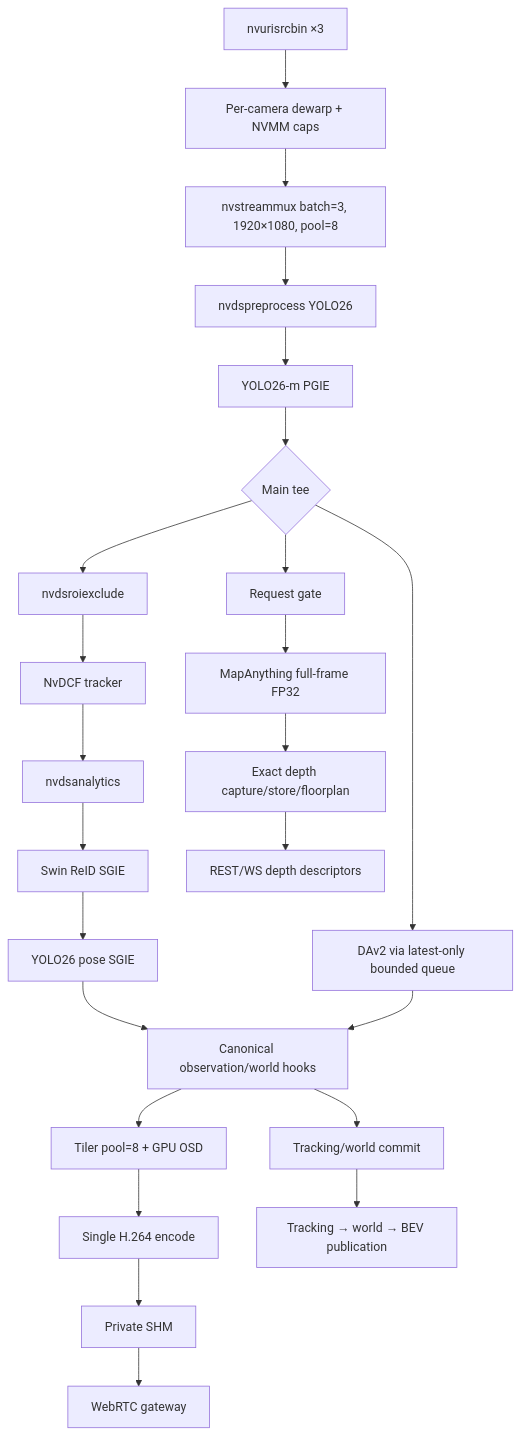
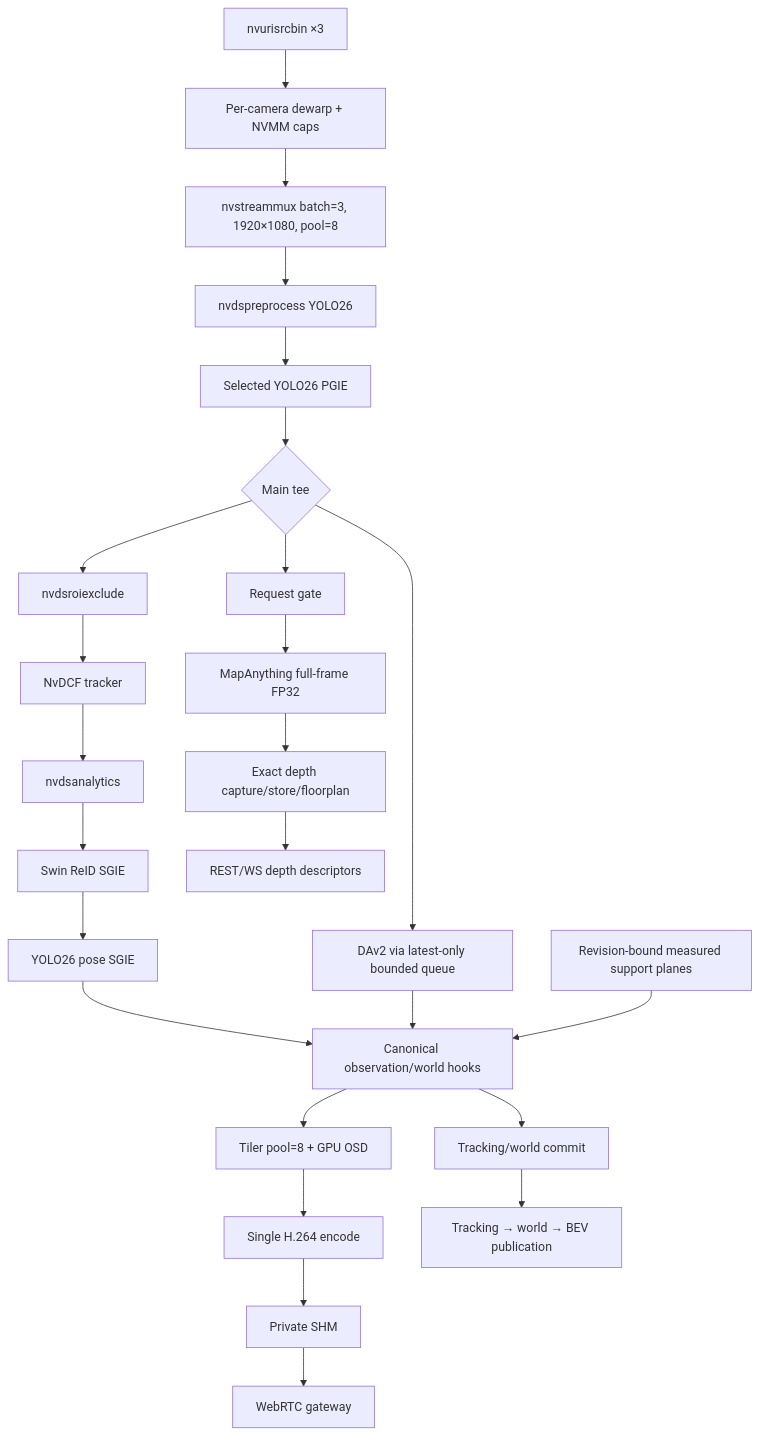
Before and after one commit to dmanfx/noesis: the diagram in docs/flow_diagram_low_level.md, drawn with Mermaid. The commit also changed other lines of this file and 30 other files, not shown here.

````diff
--- a/docs/flow_diagram_low_level.md
+++ b/docs/flow_diagram_low_level.md
@@ -3,29 +3,30 @@
 ```mermaid
 flowchart TB
     SRC[nvurisrcbin ×3] --> DEW[Per-camera dewarp + NVMM caps]
     DEW --> MUX[nvstreammux batch=3, 1920×1080, pool=8]
     MUX --> PRE[nvdspreprocess YOLO26]
-    PRE --> PGIE[YOLO26-m PGIE]
+    PRE --> PGIE[Selected YOLO26 PGIE]
     PGIE --> TEE{Main tee}
 
     TEE --> ROI[nvdsroiexclude]
     ROI --> TRK[NvDCF tracker]
     TRK --> ANA[nvdsanalytics]
     ANA --> REID[Swin ReID SGIE]
     REID --> POSE[YOLO26 pose SGIE]
     POSE --> OBS[Canonical observation/world hooks]
     OBS --> TILER[Tiler pool=8 + GPU OSD]
     TILER --> ENC[Single H.264 encode]
     ENC --> SHM[Private SHM]
     SHM --> WEBRTC[WebRTC gateway]
 
     TEE --> DAV2[DAv2 via latest-only bounded queue]
     DAV2 --> OBS
     TEE --> VALVE[Request gate]
     VALVE --> MA[MapAnything full-frame FP32]
     MA --> DEPTH[Exact depth capture/store/floorplan]
 
     OBS --> COMMIT[Tracking/world commit]
+    SUPPORT[Revision-bound measured support planes] --> OBS
     COMMIT --> WS[Tracking → world → BEV publication]
     DEPTH --> REST[REST/WS depth descriptors]
 ```
````
